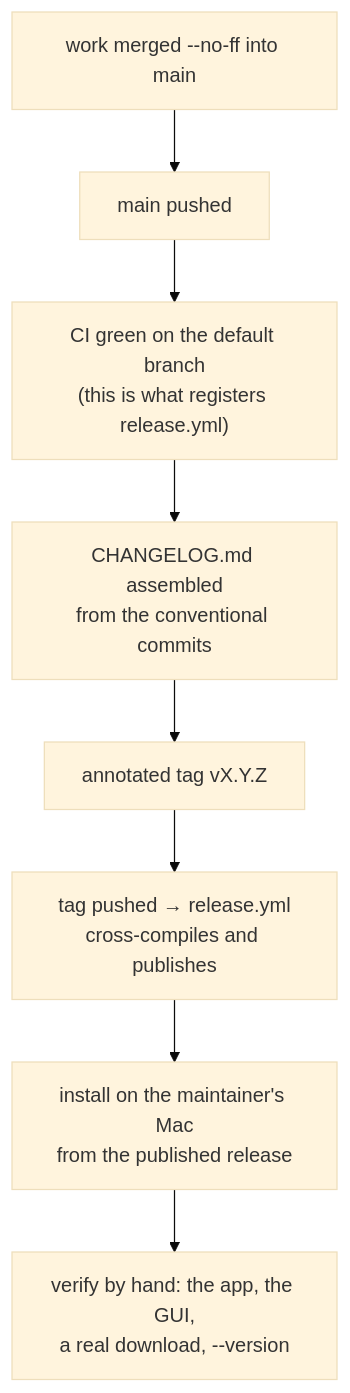
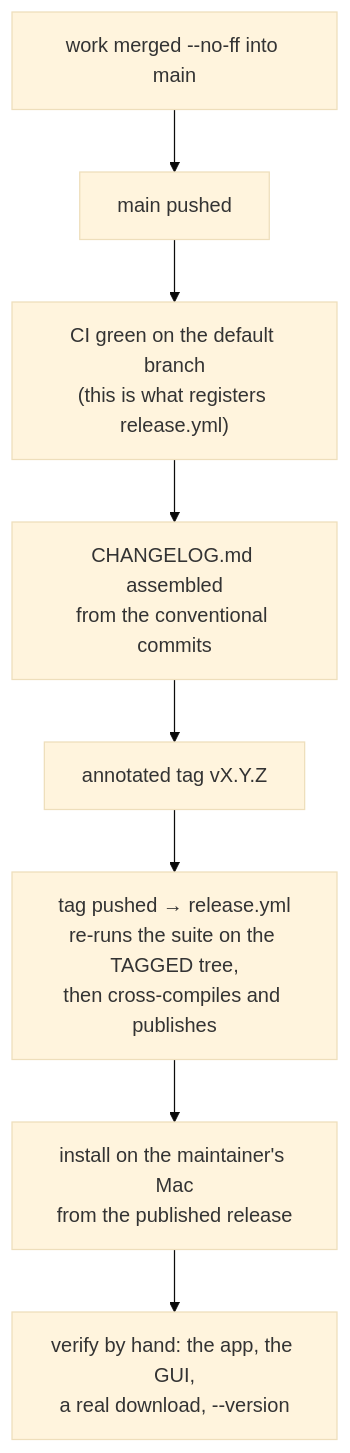
One commit to alergyonthestage/ytdl changed the diagram in docs/maintainers/distribution/guides/releasing.md. Above: the diagram before and after it, drawn with Mermaid (base theme). The commit also changed other lines of this file and 2 other files, not shown here.

First line of the commit message:
ci: refuse to publish a release from a tree the suite fails

````diff
--- a/docs/maintainers/distribution/guides/releasing.md
+++ b/docs/maintainers/distribution/guides/releasing.md
@@ -9,10 +9,10 @@
 ```mermaid
 flowchart TD
   A["work merged --no-ff into main"] --> B["main pushed"]
   B --> C["CI green on the default branch<br/>(this is what registers release.yml)"]
   C --> D["CHANGELOG.md assembled<br/>from the conventional commits"]
   D --> E["annotated tag vX.Y.Z"]
-  E --> F["tag pushed → release.yml<br/>cross-compiles and publishes"]
+  E --> F["tag pushed → release.yml<br/>re-runs the suite on the TAGGED tree,<br/>then cross-compiles and publishes"]
   F --> G["install on the maintainer's Mac<br/>from the published release"]
   G --> H["verify by hand: the app, the GUI,<br/>a real download, --version"]
 ```
````
